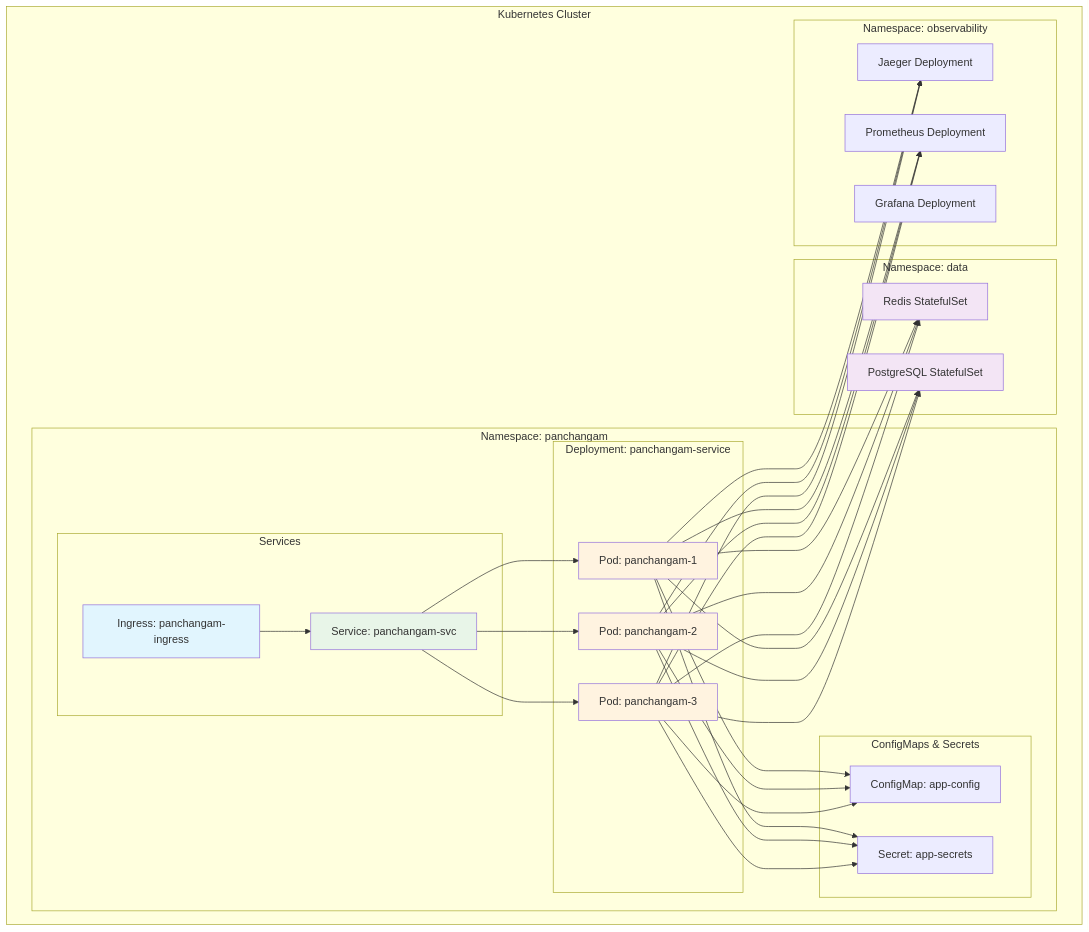
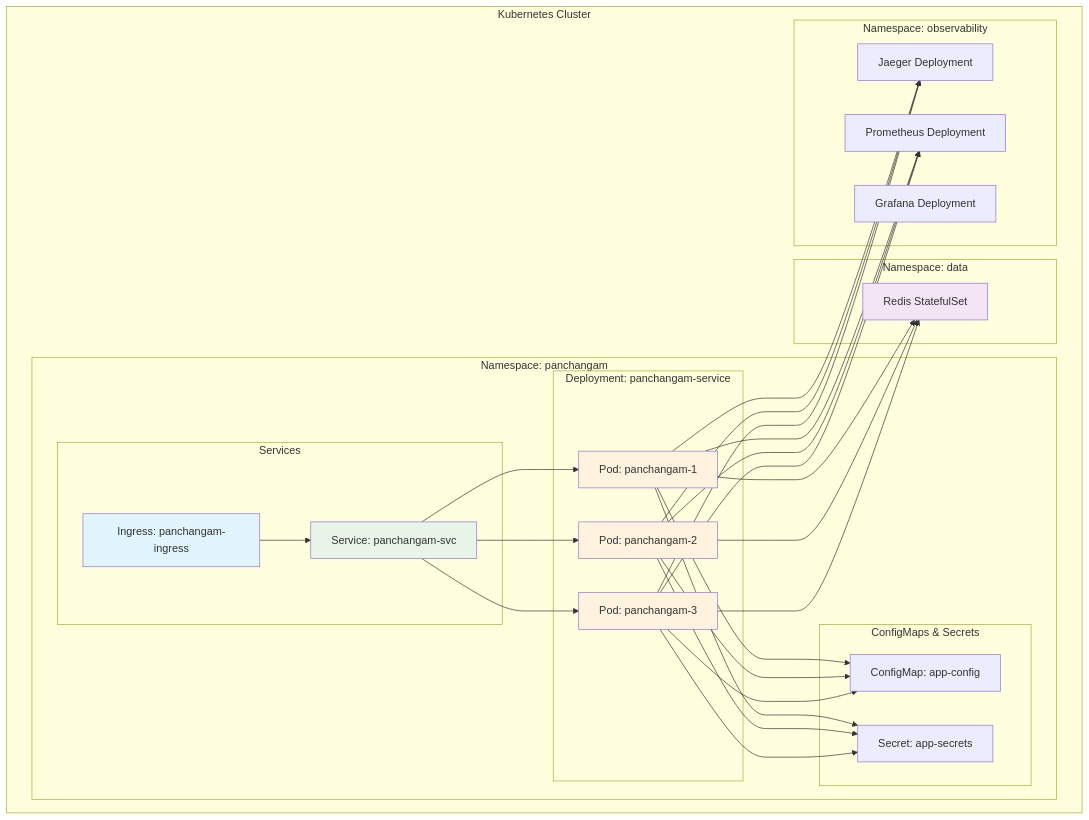
One commit to naren-m/panchangam changed the ninth of 9 diagrams in docs/design/high-level-architecture.md. Above: the diagram before and after it, drawn with Mermaid. The commit also changed other lines of this file and 494 other files, not shown here.

````diff
--- a/docs/design/high-level-architecture.md
+++ b/docs/design/high-level-architecture.md
@@ -585,70 +579,64 @@
 ```mermaid
 graph TB
     subgraph "Kubernetes Cluster"
         subgraph "Namespace: panchangam"
             subgraph "Deployment: panchangam-service"
                 PS1[Pod: panchangam-1]
                 PS2[Pod: panchangam-2]
                 PS3[Pod: panchangam-3]
             end
-            
+
             subgraph "Services"
                 SVC[Service: panchangam-svc]
                 INGRESS[Ingress: panchangam-ingress]
             end
-            
+
             subgraph "ConfigMaps & Secrets"
                 CM[ConfigMap: app-config]
                 SEC[Secret: app-secrets]
             end
         end
-        
+
         subgraph "Namespace: data"
             REDIS_POD[Redis StatefulSet]
-            POSTGRES_POD[PostgreSQL StatefulSet]
         end
-        
+
         subgraph "Namespace: observability"
             JAEGER_POD[Jaeger Deployment]
             PROMETHEUS_POD[Prometheus Deployment]
             GRAFANA_POD[Grafana Deployment]
         end
     end
-    
+
     INGRESS --> SVC
     SVC --> PS1
     SVC --> PS2
     SVC --> PS3
-    
+
     PS1 --> CM
     PS2 --> CM
     PS3 --> CM
-    
+
     PS1 --> SEC
     PS2 --> SEC
     PS3 --> SEC
-    
+
     PS1 --> REDIS_POD
     PS2 --> REDIS_POD
     PS3 --> REDIS_POD
-    
-    PS1 --> POSTGRES_POD
-    PS2 --> POSTGRES_POD
-    PS3 --> POSTGRES_POD
-    
+
     PS1 --> JAEGER_POD
     PS2 --> JAEGER_POD
     PS3 --> JAEGER_POD
-    
+
     PS1 --> PROMETHEUS_POD
     PS2 --> PROMETHEUS_POD
     PS3 --> PROMETHEUS_POD
-    
+
     style INGRESS fill:#e1f5fe
     style SVC fill:#e8f5e8
     style PS1 fill:#fff3e0
     style PS2 fill:#fff3e0
     style PS3 fill:#fff3e0
     style REDIS_POD fill:#f3e5f5
-    style POSTGRES_POD fill:#f3e5f5
 ```
````
